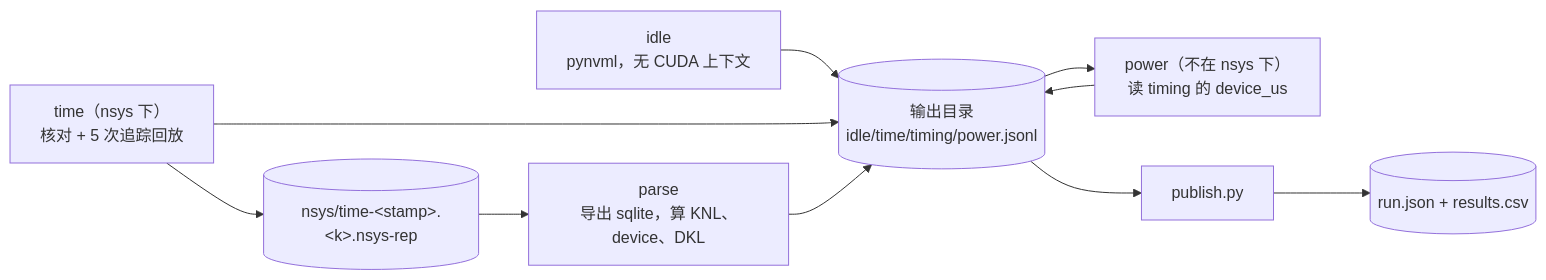
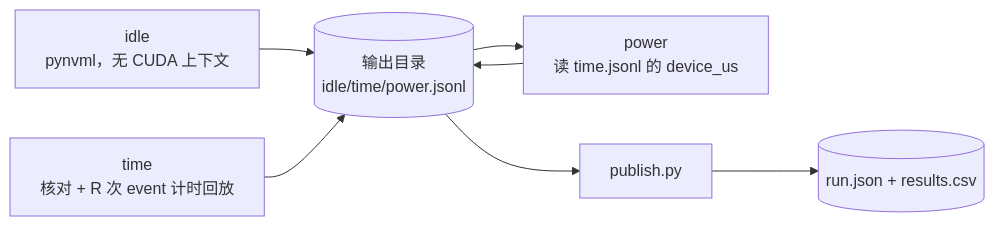
One commit to yxd97/ksmm changed the first of 2 diagrams in bench/README.md. Above: the diagram before and after it, drawn with Mermaid. The commit also changed other lines of this file and 3 other files, not shown here.

Commit message:
bench: untraced event timing of device time (plan D7); drop parse, nsys, KNL/DKL; replays column (T3)

````diff
--- a/bench/README.md
+++ b/bench/README.md
@@ -12,9 +12,7 @@
 ```mermaid
 flowchart LR
-  I["idle<br>pynvml，无 CUDA 上下文"] --> D[("输出目录<br>idle/time/timing/power.jsonl")]
-  T["time（nsys 下）<br>核对 + 5 次追踪回放"] --> D
-  T --> N[("nsys/time-&lt;stamp&gt;.&lt;k&gt;.nsys-rep")]
-  N --> P["parse<br>导出 sqlite，算 KNL、device、DKL"] --> D
-  D --> W["power（不在 nsys 下）<br>读 timing 的 device_us"] --> D
+  I["idle<br>pynvml，无 CUDA 上下文"] --> D[("输出目录<br>idle/time/power.jsonl")]
+  T["time<br>核对 + R 次 event 计时回放"] --> D
+  D --> W["power<br>读 time.jsonl 的 device_us"] --> D
   D --> U["publish.py"] --> R[("run.json + results.csv")]
 ```
````
